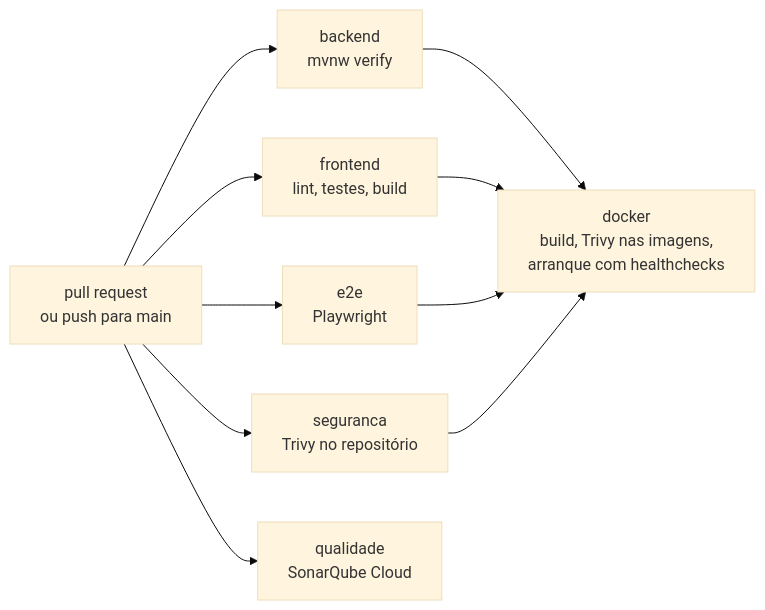
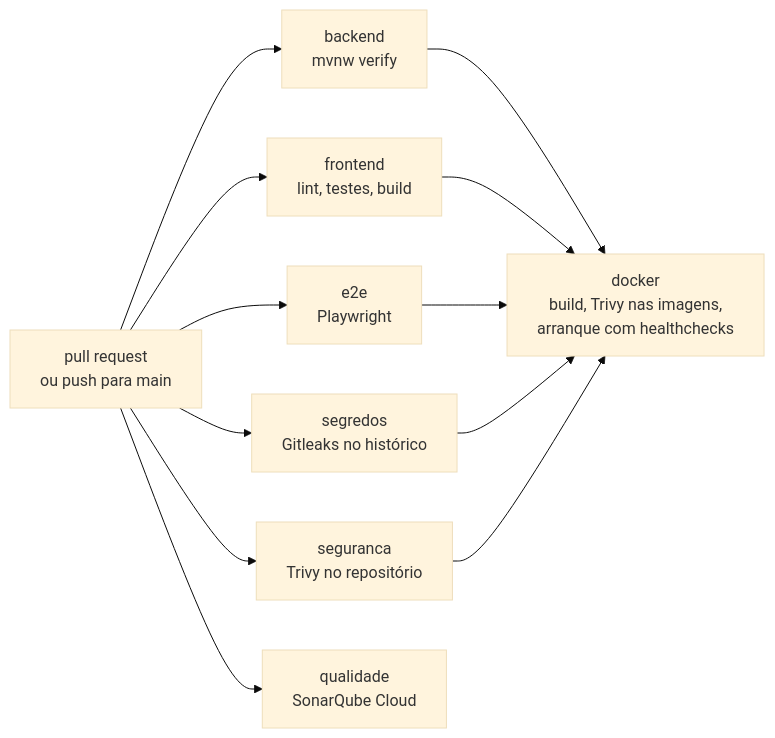
One commit to mariohenriquep/matriz-api changed the fourth of 4 diagrams in docs/architecture.md. Above: the diagram before and after it, drawn with Mermaid (base theme). The commit also changed other lines of this file and 2 other files, not shown here.

Commit message:
CI: Gitleaks procura segredos em todo o histórico do Git
Job novo 'segredos' com gitleaks-action v3.0.0 (Gitleaks 8.30.1), histórico
completo (fetch-depth 0). O job docker passa a depender dele, por isso nenhuma
imagem é publicada se houver um segredo no histórico. Corrido localmente nos
70 commits do main: sem segredos.

Claude-Session: https://claude.ai/code/session_0173wCVJ9t8FUmd8w57KARAD

````diff
--- a/docs/architecture.md
+++ b/docs/architecture.md
@@ -183,12 +183,14 @@
 ```mermaid
 flowchart LR
     PR[pull request<br/>ou push para main] --> BK[backend<br/>mvnw verify]
     PR --> FT[frontend<br/>lint, testes, build]
     PR --> E2E[e2e<br/>Playwright]
     PR --> SEG[seguranca<br/>Trivy no repositório]
+    PR --> GL[segredos<br/>Gitleaks no histórico]
     PR --> QUA[qualidade<br/>SonarQube Cloud]
     BK --> DK
     FT --> DK
     E2E --> DK
+    GL --> DK
     SEG --> DK[docker<br/>build, Trivy nas imagens,<br/>arranque com healthchecks]
 ```
````
